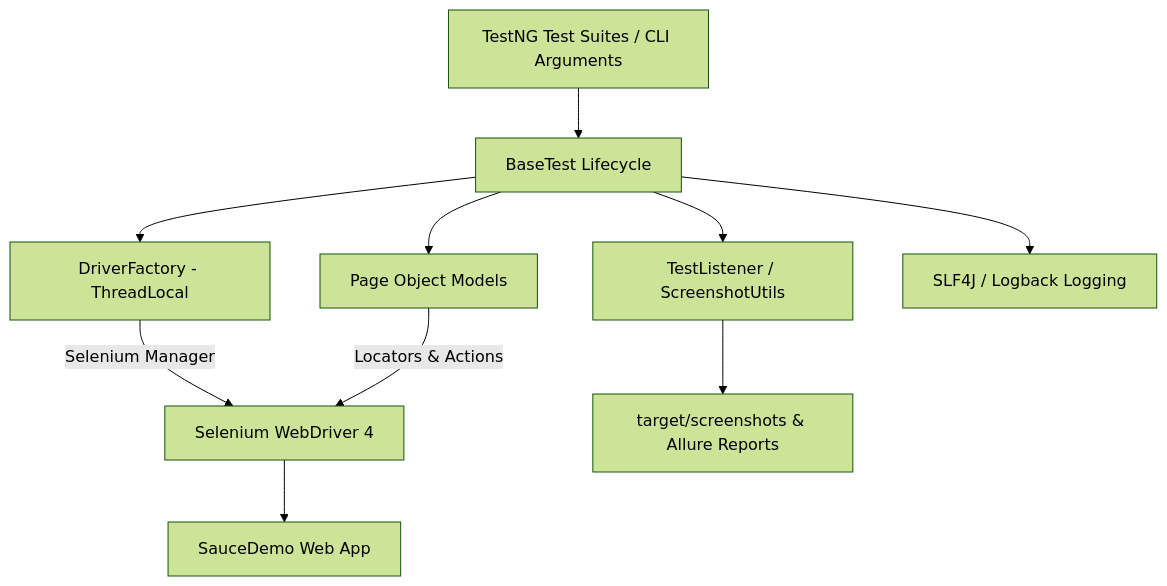
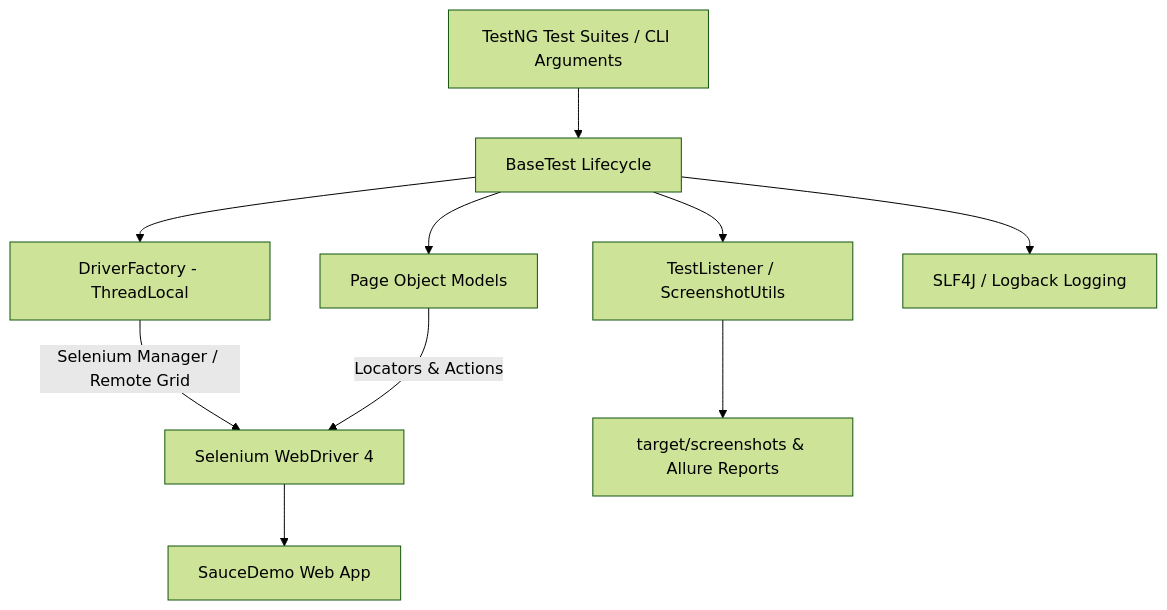
The diagram in README.md (princepadaliya31/Ecommerce-UI-Automation-Framework), drawn with Mermaid (forest theme) before and after one commit. The commit also changed other lines of this file, not shown here.

Commit message:
docs: upgrade README.md with badges, architectural highlights, design patterns, and test coverage matrix

````diff
--- a/README.md
+++ b/README.md
@@ -48,12 +87,12 @@
 ```mermaid
 graph TD
     A[TestNG Test Suites / CLI Arguments] --> B[BaseTest Lifecycle]
     B --> C[DriverFactory - ThreadLocal]
-    C -->|Selenium Manager| D[Selenium WebDriver 4]
+    C -->|Selenium Manager / Remote Grid| D[Selenium WebDriver 4]
     B --> E[Page Object Models]
     E -->|Locators & Actions| D
     D --> F[SauceDemo Web App]
     B --> G[TestListener / ScreenshotUtils]
     G --> H[target/screenshots & Allure Reports]
     B --> I[SLF4J / Logback Logging]
 ```
````
